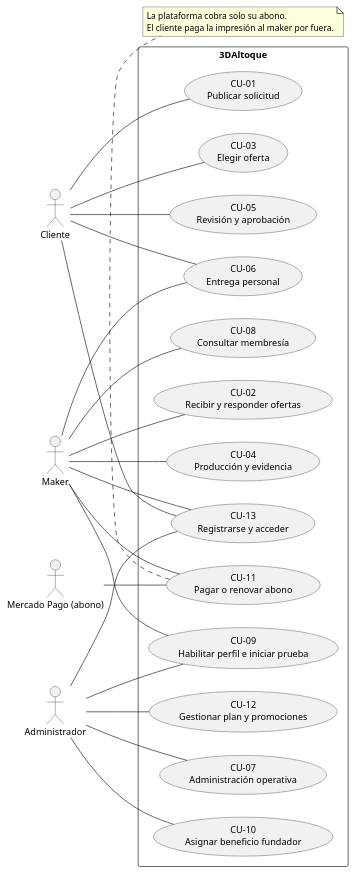
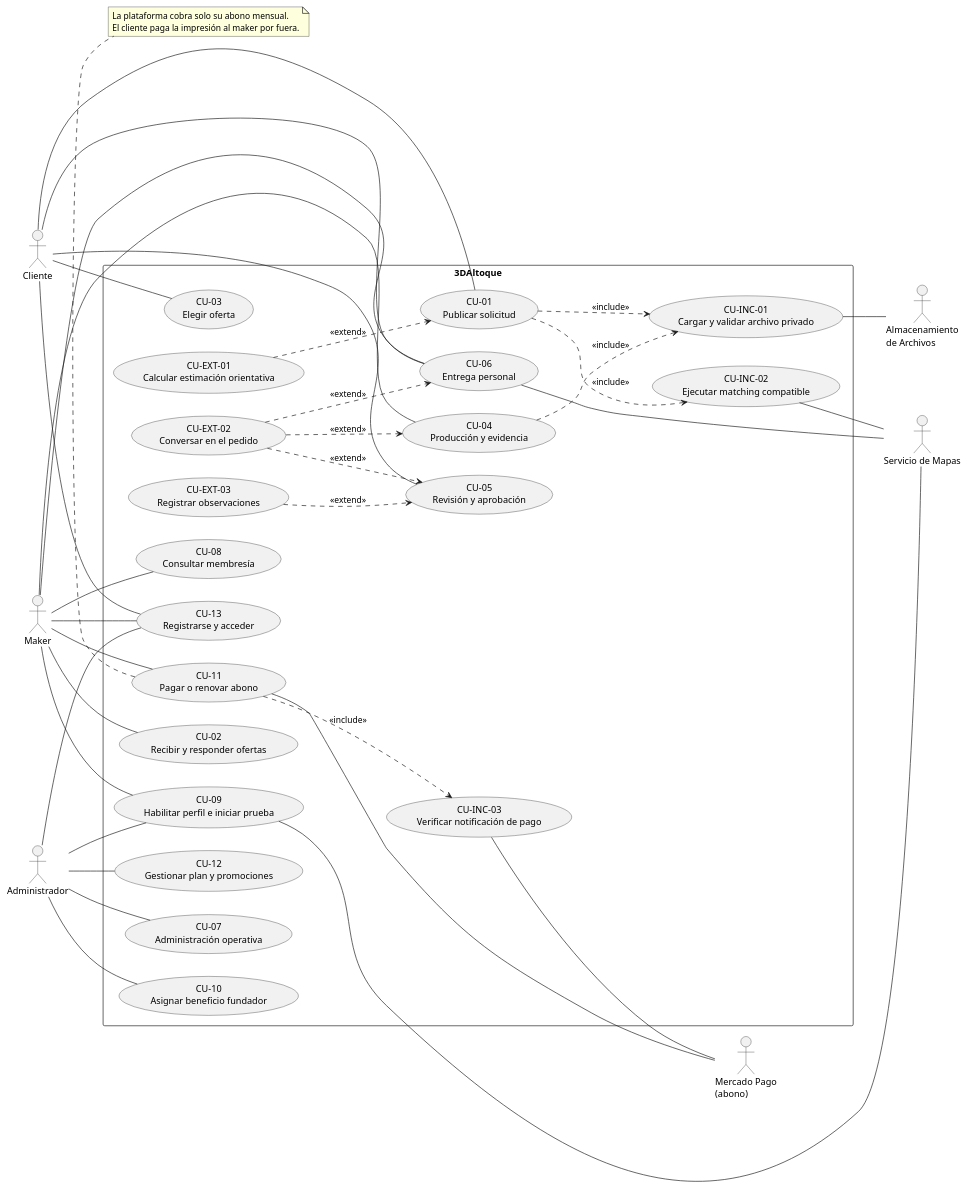
Before and after one commit to chill0101/3daltoque-docs: the diagram in public/documentos/c14d6068439c-casos-de-uso.puml, drawn with PlantUML. The commit also changed 6 other files, not shown here.

```diff
--- a/public/documentos/c14d6068439c-casos-de-uso.puml
+++ b/public/documentos/c14d6068439c-casos-de-uso.puml
@@ -1,44 +1,79 @@
 @startuml
 left to right direction
+skinparam packageStyle rectangle
+
 actor Cliente
 actor Maker
 actor Administrador
-actor "Mercado Pago (abono)" as MercadoPago
+actor "Mercado Pago\n(abono)" as MercadoPago
+actor "Servicio de Mapas" as Mapas
+actor "Almacenamiento\nde Archivos" as Storage
+
 rectangle "3DAltoque" {
   usecase "CU-01\nPublicar solicitud" as CU01
   usecase "CU-02\nRecibir y responder ofertas" as CU02
   usecase "CU-03\nElegir oferta" as CU03
   usecase "CU-04\nProducción y evidencia" as CU04
   usecase "CU-05\nRevisión y aprobación" as CU05
   usecase "CU-06\nEntrega personal" as CU06
   usecase "CU-07\nAdministración operativa" as CU07
   usecase "CU-08\nConsultar membresía" as CU08
   usecase "CU-09\nHabilitar perfil e iniciar prueba" as CU09
   usecase "CU-10\nAsignar beneficio fundador" as CU10
   usecase "CU-11\nPagar o renovar abono" as CU11
   usecase "CU-12\nGestionar plan y promociones" as CU12
   usecase "CU-13\nRegistrarse y acceder" as CU13
+
+  usecase "CU-INC-01\nCargar y validar archivo privado" as INC01
+  usecase "CU-INC-02\nEjecutar matching compatible" as INC02
+  usecase "CU-INC-03\nVerificar notificación de pago" as INC03
+  usecase "CU-EXT-01\nCalcular estimación orientativa" as EXT01
+  usecase "CU-EXT-02\nConversar en el pedido" as EXT02
+  usecase "CU-EXT-03\nRegistrar observaciones" as EXT03
 }
+
+' Asociaciones con actores primarios
 Cliente -- CU01
 Maker -- CU02
 Cliente -- CU03
 Maker -- CU04
 Cliente -- CU05
 Cliente -- CU06
 Maker -- CU06
 Administrador -- CU07
 Maker -- CU08
 Maker -- CU09
 Administrador -- CU09
 Administrador -- CU10
 Maker -- CU11
-MercadoPago -- CU11
 Administrador -- CU12
 Cliente -- CU13
 Maker -- CU13
 Administrador -- CU13
+
+' Relaciones <<include>> y <<extend>>
+CU01 ..> INC01 : <<include>>
+CU01 ..> INC02 : <<include>>
+EXT01 ..> CU01 : <<extend>>
+
+CU04 ..> INC01 : <<include>>
+EXT02 ..> CU04 : <<extend>>
+EXT02 ..> CU05 : <<extend>>
+EXT02 ..> CU06 : <<extend>>
+EXT03 ..> CU05 : <<extend>>
+
+CU11 ..> INC03 : <<include>>
+
+' Asociaciones con sistemas externos
+INC01 -- Storage
+INC02 -- Mapas
+CU06 -- Mapas
+CU09 -- Mapas
+CU11 -- MercadoPago
+INC03 -- MercadoPago
+
 note bottom of CU11
-La plataforma cobra solo su abono.
+La plataforma cobra solo su abono mensual.
 El cliente paga la impresión al maker por fuera.
 end note
 @enduml
```
